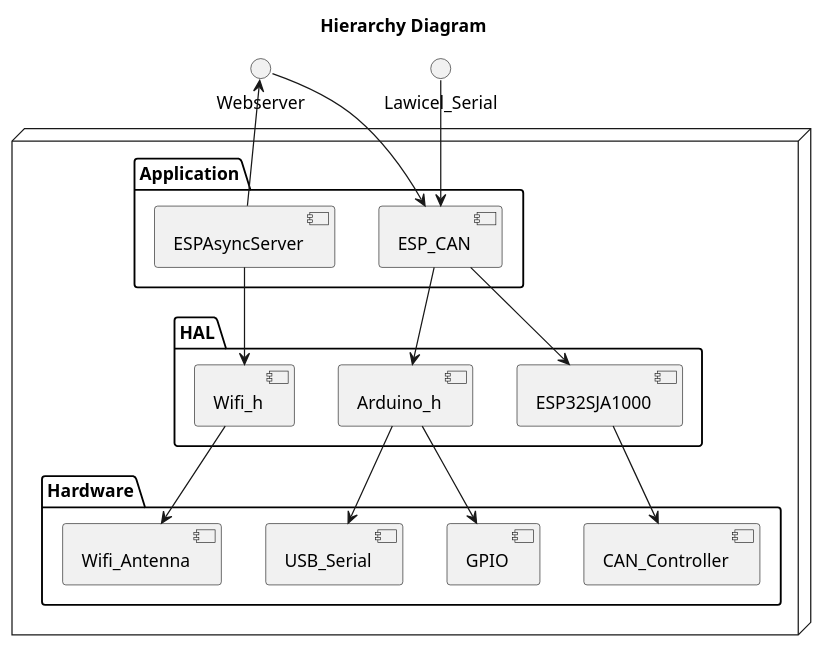
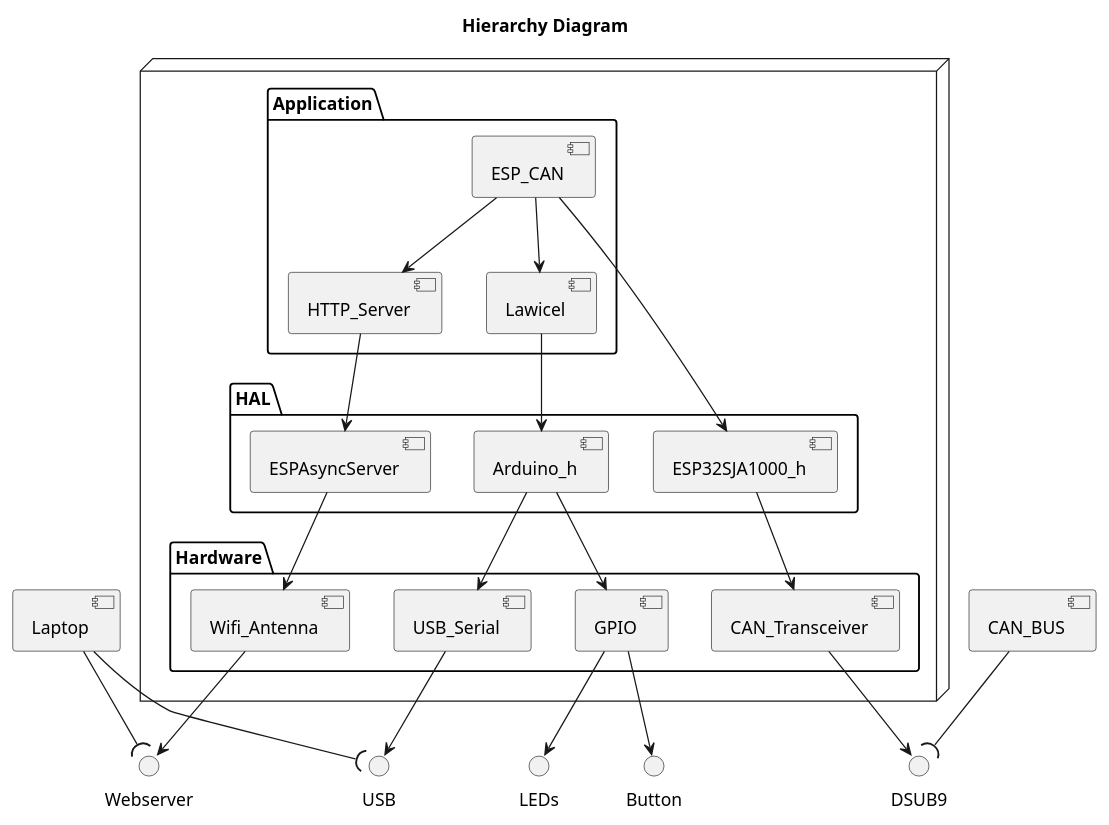
Before and after one commit to NewTec-GmbH/esp32-can-iot: the diagram in Coding/fw/doc/design/hierarchy.plantuml, drawn with PlantUML. The commit also changed 55 other files, not shown here.

```diff
--- a/Coding/fw/doc/design/hierarchy.plantuml
+++ b/Coding/fw/doc/design/hierarchy.plantuml
@@ -1,42 +1,60 @@
 @startuml
 
 title Hierarchy Diagram
 
 
 
-    interface Webserver
-    interface Lawicel_Serial
+
 
 node {
-package Application{
-    component ESP_CAN
-    component ESPAsyncServer
+    package Application{
+        component HTTP_Server
+        component ESP_CAN
+        component Lawicel
+    }
+
+    package HAL{
+        component Arduino_h
+        component ESPAsyncServer
+        component ESP32SJA1000_h
+    }
+
+    package Hardware{
+        component USB_Serial
+        component GPIO
+        component Wifi_Antenna
+        component CAN_Transceiver
+    }
 }
+interface Webserver
+interface USB
+interface DSUB9
+interface Button
+interface LEDs
+component Laptop
+component CAN_BUS
 
-package HAL{
-    component Arduino_h
-    component Wifi_h 
-    component ESP32SJA1000
-}
 
-package Hardware{
-    component USB_Serial
-    component GPIO
-    component Wifi_Antenna
-    component CAN_Controller
-}
+USB_Serial --> USB
+GPIO --> Button
+GPIO --> LEDs
+Wifi_Antenna --> Webserver
+CAN_Transceiver --> DSUB9
+Laptop --( Webserver
+Laptop --( USB
+CAN_BUS --( DSUB9
 
 Arduino_h --> USB_Serial
 Arduino_h --> GPIO
-Wifi_h --> Wifi_Antenna
-ESP32SJA1000 --> CAN_Controller
-Lawicel_Serial --> ESP_CAN
-Webserver --> ESP_CAN
-ESPAsyncServer --> Webserver
-ESP_CAN --> ESP32SJA1000
-ESPAsyncServer --> Wifi_h
-ESP_CAN --> Arduino_h
+ESPAsyncServer --> Wifi_Antenna
+ESP32SJA1000_h --> CAN_Transceiver
 
-}
+Lawicel --> Arduino_h
+HTTP_Server --> ESPAsyncServer
+ESP_CAN --> ESP32SJA1000_h
+
+ESP_CAN --> Lawicel
+ESP_CAN --> HTTP_Server
+
 
 @enduml
```
